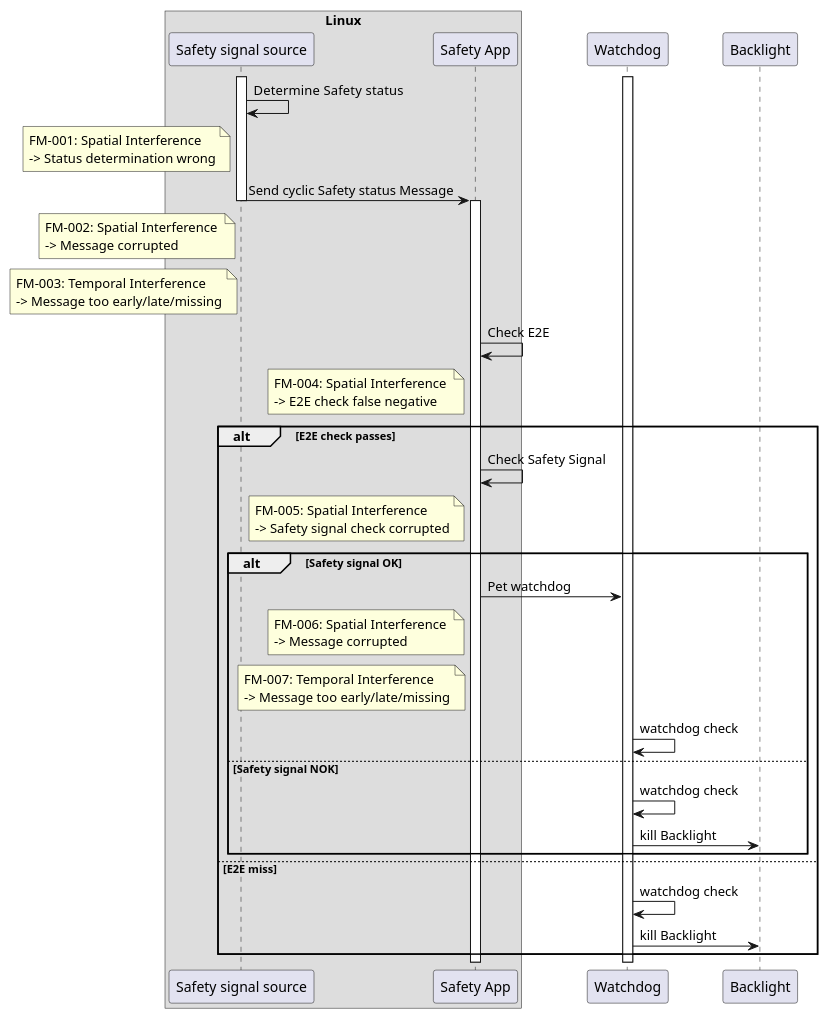
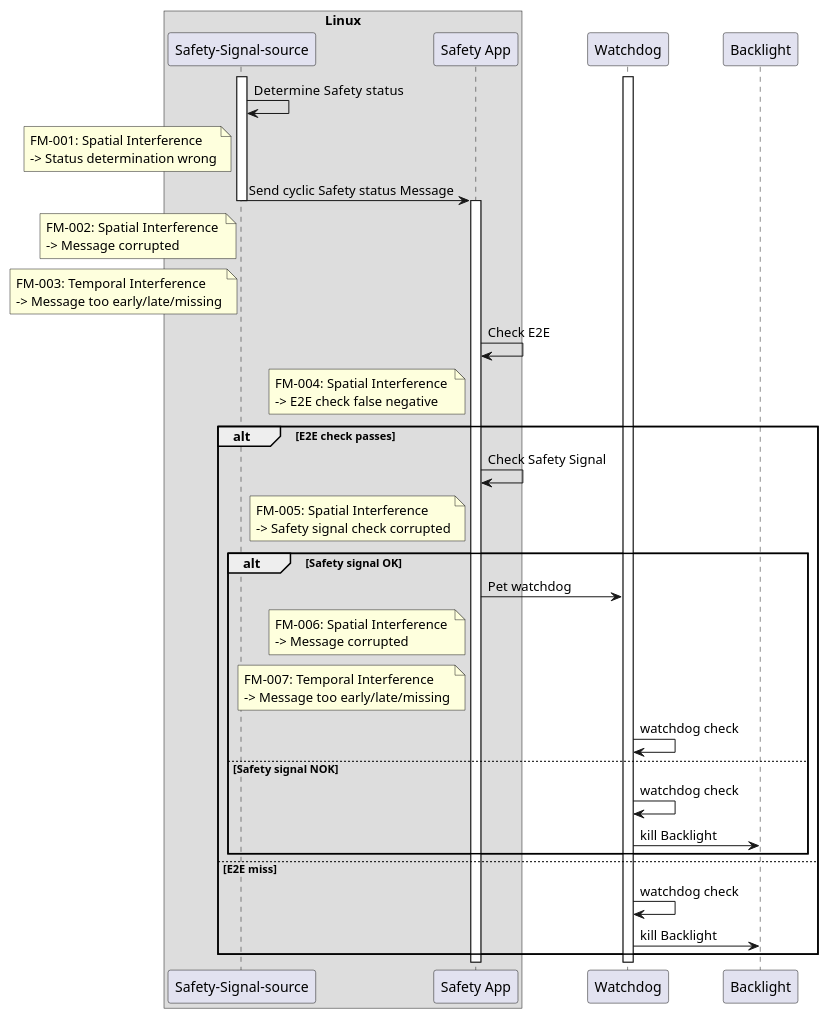
Before and after one commit to elisa-tech/wg-automotive: the diagram in AGL_cluster_demo_use_case/Safety-analysis/Safety_demo_analysis.puml, drawn with PlantUML. The commit also changed 9 other files, not shown here.

```diff
--- a/AGL_cluster_demo_use_case/Safety-analysis/Safety_demo_analysis.puml
+++ b/AGL_cluster_demo_use_case/Safety-analysis/Safety_demo_analysis.puml
@@ -1,38 +1,37 @@
 @startuml
 'skinparam wrapWidth 200
 box "Linux"
-participant "Safety signal source" order 10
+participant "Safety-Signal-source" order 10
 participant "Safety App" order 20
 end box
 participant "Watchdog" order 30
 participant "Backlight" order 40
 
-
-activate "Safety signal source"
+activate "Safety-Signal-source"
 activate "Watchdog"
-"Safety signal source" -> "Safety signal source": Determine  Safety status
-note left of "Safety signal source":FM-001: Spatial Interference \n-> Status determination wrong   
-"Safety signal source" -> "Safety App": Send cyclic Safety status Message
-note left of "Safety signal source":FM-002: Spatial Interference \n-> Message corrupted
-note left of "Safety signal source":FM-003: Temporal Interference \n-> Message too early/late/missing
-deactivate "Safety signal source"
+"Safety-Signal-source" -> "Safety-Signal-source": Determine  Safety status
+note left of "Safety-Signal-source":FM-001: Spatial Interference \n-> Status determination wrong   
+"Safety-Signal-source" -> "Safety App": Send cyclic Safety status Message
+note left of "Safety-Signal-source":FM-002: Spatial Interference \n-> Message corrupted
+note left of "Safety-Signal-source":FM-003: Temporal Interference \n-> Message too early/late/missing
+deactivate "Safety-Signal-source"
 activate "Safety App"
 "Safety App" -> "Safety App": Check E2E
 note left of "Safety App":FM-004: Spatial Interference \n-> E2E check false negative
 alt E2E check passes
 "Safety App" -> "Safety App": Check Safety Signal
 note left of "Safety App":FM-005: Spatial Interference \n-> Safety signal check corrupted
 alt Safety signal OK
 "Safety App" -> "Watchdog": Pet watchdog
 note left of "Safety App":FM-006: Spatial Interference \n-> Message corrupted
 note left of "Safety App":FM-007: Temporal Interference \n-> Message too early/late/missing
 "Watchdog" -> "Watchdog": watchdog check
 else Safety signal NOK
 "Watchdog" -> "Watchdog": watchdog check
 "Watchdog" -> "Backlight": kill Backlight
 end
 else E2E miss
 "Watchdog" -> "Watchdog": watchdog check
 "Watchdog" -> "Backlight": kill Backlight
 end
 @enduml
```
